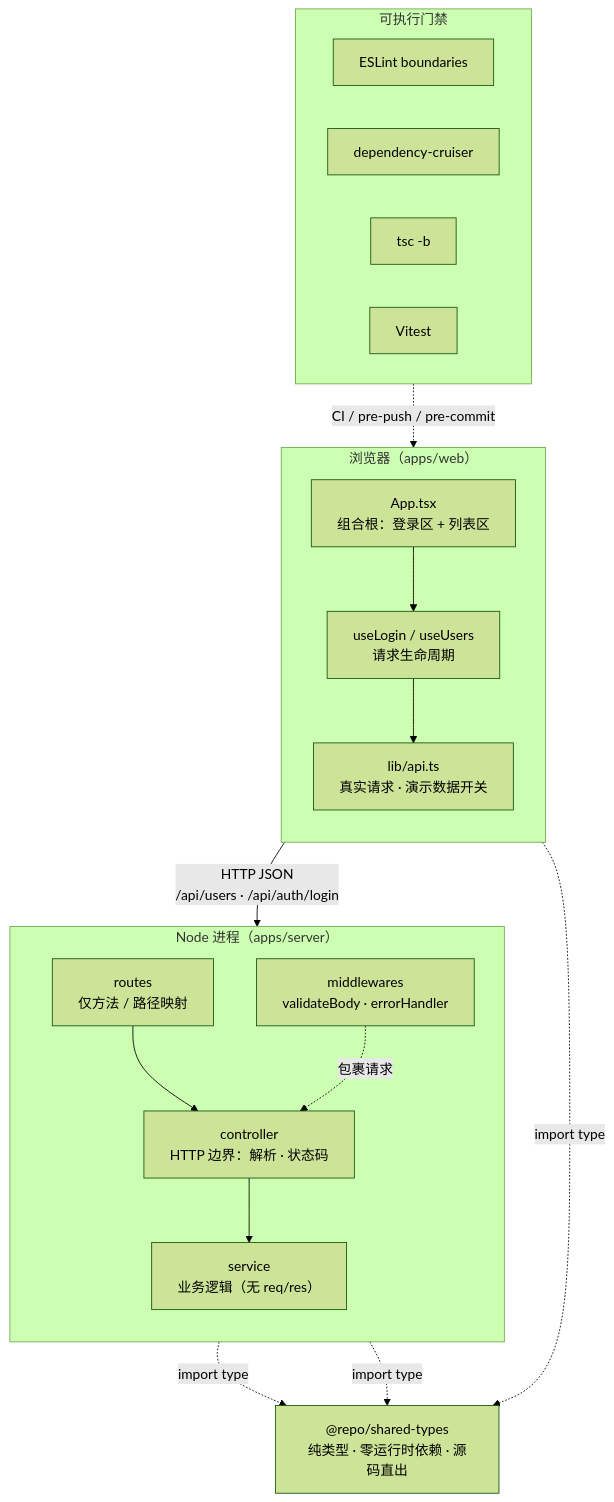
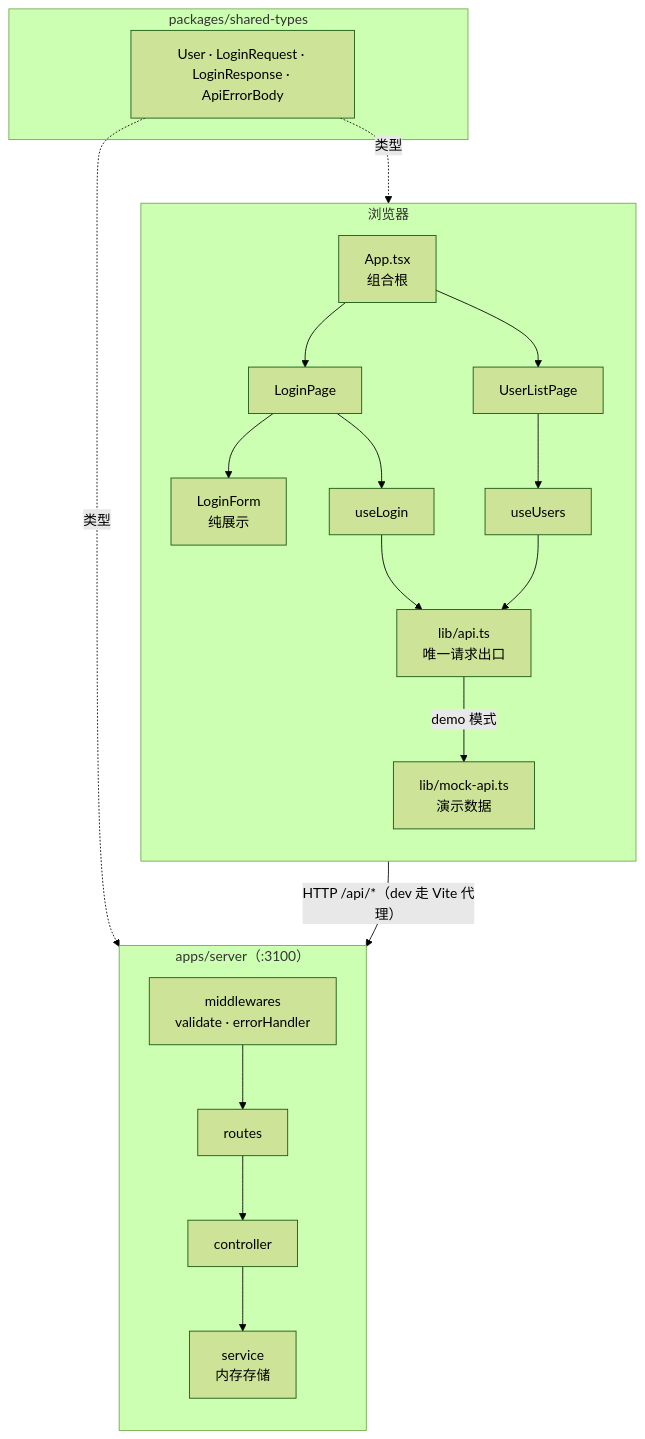
The first of 2 diagrams in README.md (C2847160/dancang), drawn with Mermaid (forest theme) before and after one commit. The commit also changed other lines of this file, not shown here.

First line of the commit message:
docs: rewrite readme with live demo, tech stack and ai workflow

````diff
--- a/README.md
+++ b/README.md
@@ -357,37 +133,39 @@
 ```mermaid
 flowchart TB
-  subgraph Browser["浏览器（apps/web）"]
+  subgraph browser["浏览器"]
     direction TB
-    App["App.tsx<br/>组合根：登录区 + 列表区"]
-    Hook["useLogin / useUsers<br/>请求生命周期"]
-    ApiClient["lib/api.ts<br/>真实请求 · 演示数据开关"]
-    App --> Hook --> ApiClient
+    App["App.tsx<br/>组合根"]
+    LP["LoginPage"]
+    UP["UserListPage"]
+    LF["LoginForm<br/>纯展示"]
+    H1["useLogin"]
+    H2["useUsers"]
+    API["lib/api.ts<br/>唯一请求出口"]
+    MOCK["lib/mock-api.ts<br/>演示数据"]
+    App --> LP --> LF
+    App --> UP
+    LP --> H1
+    UP --> H2
+    H1 --> API
+    H2 --> API
+    API -->|"demo 模式"| MOCK
   end
 
-  subgraph Node["Node 进程（apps/server）"]
+  subgraph server["apps/server（:3100）"]
     direction TB
-    Router["routes<br/>仅方法 / 路径映射"]
-    Controller["controller<br/>HTTP 边界：解析 · 状态码"]
-    Service["service<br/>业务逻辑（无 req/res）"]
-    MW["middlewares<br/>validateBody · errorHandler"]
-    Router --> Controller --> Service
-    MW -. "包裹请求" .-> Controller
+    MW["middlewares<br/>validate · errorHandler"]
+    RT["routes"]
+    CT["controller"]
+    SV["service<br/>内存存储"]
+    MW --> RT --> CT --> SV
   end
 
-  Types["@repo/shared-types<br/>纯类型 · 零运行时依赖 · 源码直出"]
+  API -->|"HTTP /api/*（dev 走 Vite 代理）"| MW
 
-  ApiClient -- "HTTP JSON<br/>/api/users · /api/auth/login" --> Router
-  ApiClient -. "import type" .-> Types
-  Controller -. "import type" .-> Types
-  Service -. "import type" .-> Types
-
-  subgraph Gates["可执行门禁"]
-    direction LR
-    ESL["ESLint boundaries"]
-    Dep["dependency-cruiser"]
-    TSC["tsc -b"]
-    Test["Vitest"]
+  subgraph contract["packages/shared-types"]
+    T["User · LoginRequest · LoginResponse · ApiErrorBody"]
   end
 
-  Gates -. "CI / pre-push / pre-commit" .-> Browser
+  T -.->|"类型"| browser
+  T -.->|"类型"| server
 ```
````
